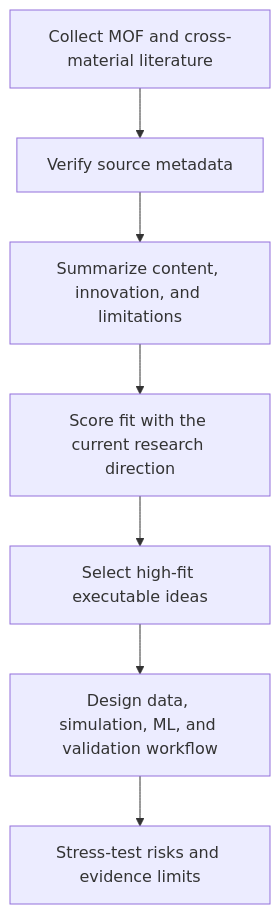
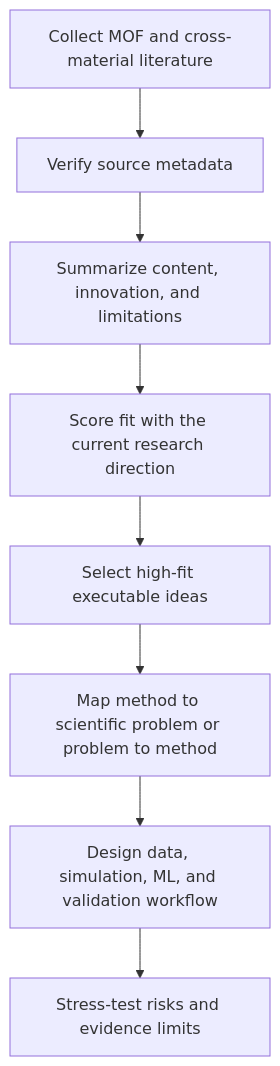
Before and after one commit to DNE-yyj/mof-literature-tool: the diagram in skills/literature-search-summary/SKILL.md, drawn with Mermaid. The commit also changed other lines of this file and 2 other files, not shown here.

Commit message:
Add method-problem alignment to research radar

````diff
--- a/skills/literature-search-summary/SKILL.md
+++ b/skills/literature-search-summary/SKILL.md
@@ -49,9 +50,10 @@
 ```mermaid
 flowchart TD
   A["Collect MOF and cross-material literature"] --> B["Verify source metadata"]
   B --> C["Summarize content, innovation, and limitations"]
   C --> D["Score fit with the current research direction"]
   D --> E["Select high-fit executable ideas"]
-  E --> F["Design data, simulation, ML, and validation workflow"]
-  F --> G["Stress-test risks and evidence limits"]
+  E --> F["Map method to scientific problem or problem to method"]
+  F --> G["Design data, simulation, ML, and validation workflow"]
+  G --> H["Stress-test risks and evidence limits"]
 ```
````
